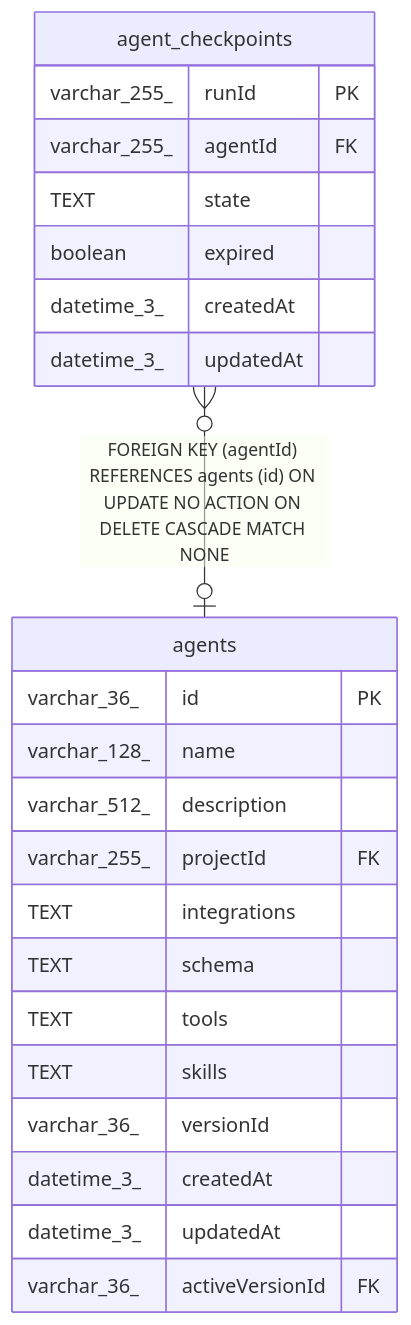
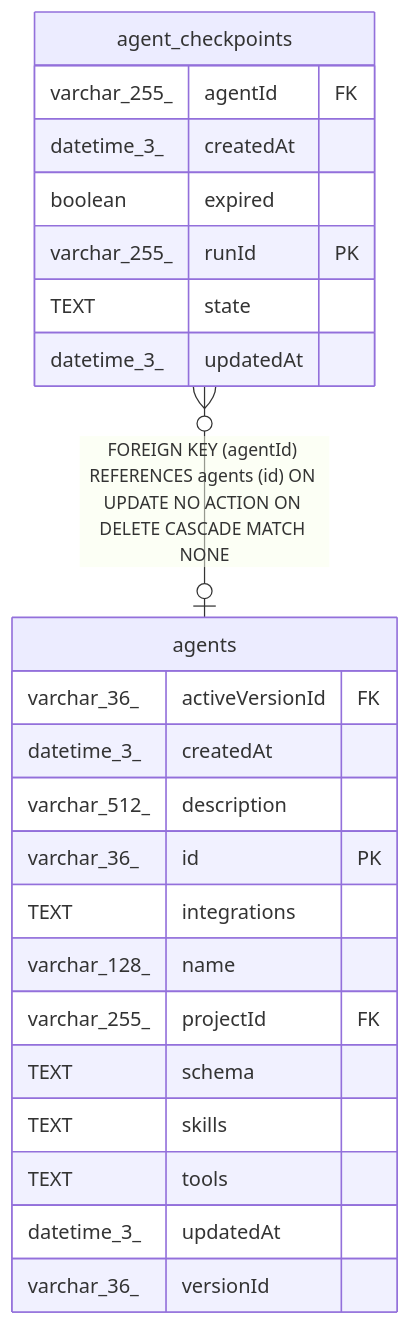
Before and after one commit to mayankjain1815-commits/n8n: the diagram in docs/generated/sqlite-schema/agent_checkpoints.md, drawn with Mermaid. The commit also changed other lines of this file and 221 other files, not shown here.

Commit message:
chore(core): Make DB schema docs generation deterministic (#32373)

````diff
--- a/docs/generated/sqlite-schema/agent_checkpoints.md
+++ b/docs/generated/sqlite-schema/agent_checkpoints.md
@@ -42,28 +42,28 @@
 ```mermaid
 erDiagram
 
 "agent_checkpoints" }o--o| "agents" : "FOREIGN KEY (agentId) REFERENCES agents (id) ON UPDATE NO ACTION ON DELETE CASCADE MATCH NONE"
 
 "agent_checkpoints" {
+  varchar_255_ agentId FK
+  datetime_3_ createdAt
+  boolean expired
   varchar_255_ runId PK
-  varchar_255_ agentId FK
   TEXT state
-  boolean expired
-  datetime_3_ createdAt
   datetime_3_ updatedAt
 }
 "agents" {
+  varchar_36_ activeVersionId FK
+  datetime_3_ createdAt
+  varchar_512_ description
   varchar_36_ id PK
+  TEXT integrations
   varchar_128_ name
-  varchar_512_ description
   varchar_255_ projectId FK
-  TEXT integrations
   TEXT schema
+  TEXT skills
   TEXT tools
-  TEXT skills
+  datetime_3_ updatedAt
   varchar_36_ versionId
-  datetime_3_ createdAt
-  datetime_3_ updatedAt
-  varchar_36_ activeVersionId FK
 }
 ```
````
